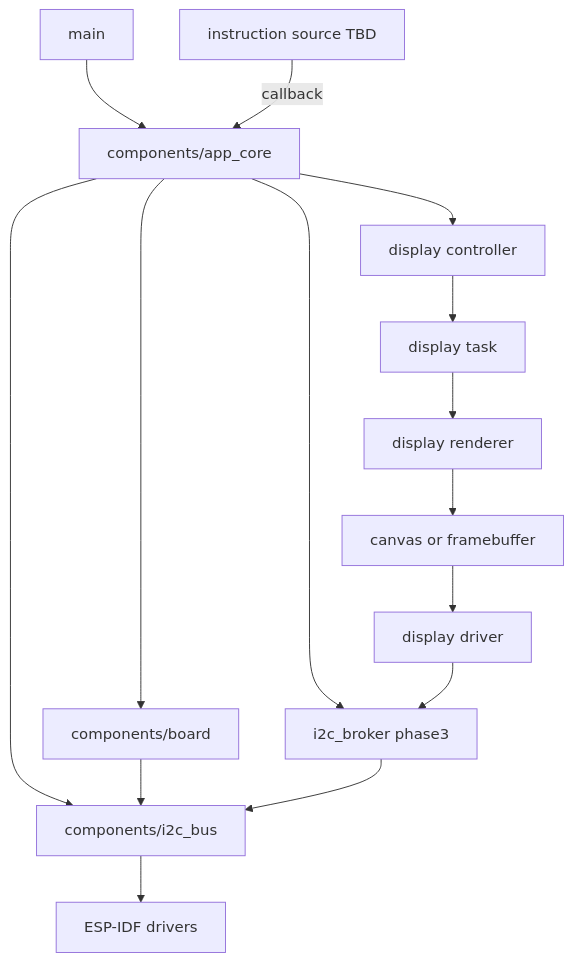
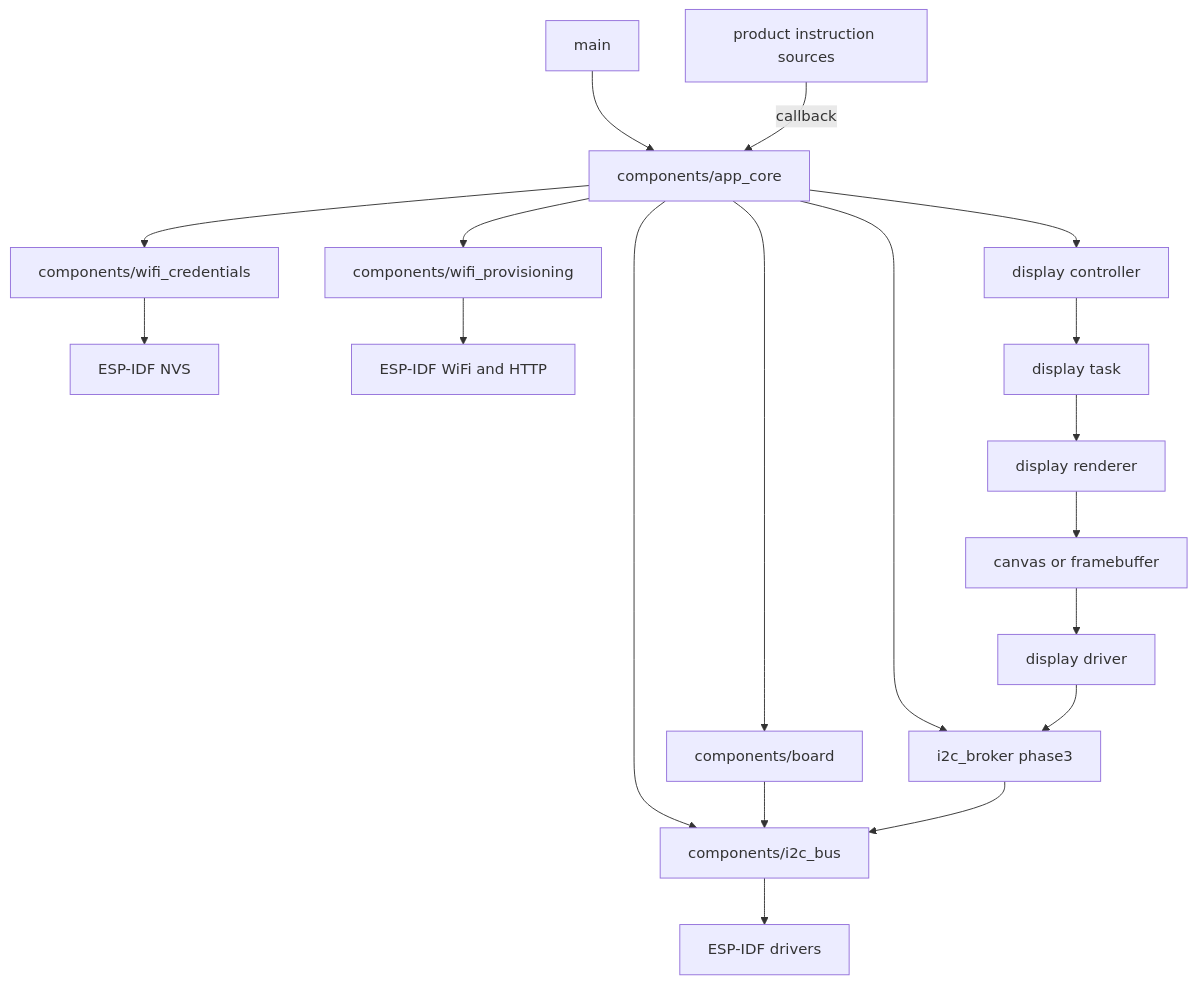
Before and after one commit to galopago/misistemhil: the diagram in b-hil-boards/b06_hil/firmware/docs/architecture.md, drawn with Mermaid. The commit also changed other lines of this file and 44 other files, not shown here.

First line of the commit message:
feat(b06_hil): add WiFi provisioning and OLED setup UX architecture

````diff
--- a/b-hil-boards/b06_hil/firmware/docs/architecture.md
+++ b/b-hil-boards/b06_hil/firmware/docs/architecture.md
@@ -24,17 +27,21 @@
 ```mermaid
 flowchart TD
-    AppMain[main] --> AppCore[components/app_core]
-    InstructionSource[instruction source TBD] -->|"callback"| AppCore
-    AppCore --> Board[components/board]
-    AppCore --> I2cBus[components/i2c_bus]
-    AppCore --> I2cBroker[i2c_broker phase3]
-    AppCore --> DisplayController[display controller]
+    AppMain["main"] --> AppCore["components/app_core"]
+    InstructionSource["product instruction sources"] -->|"callback"| AppCore
+    AppCore --> Board["components/board"]
+    AppCore --> I2cBus["components/i2c_bus"]
+    AppCore --> I2cBroker["i2c_broker phase3"]
+    AppCore --> WifiCredentials["components/wifi_credentials"]
+    AppCore --> WifiProvisioning["components/wifi_provisioning"]
+    AppCore --> DisplayController["display controller"]
+    WifiCredentials --> Nvs["ESP-IDF NVS"]
+    WifiProvisioning --> EspWifi["ESP-IDF WiFi and HTTP"]
     Board --> I2cBus
-    DisplayController --> DisplayTask[display task]
-    DisplayTask --> DisplayRenderer[display renderer]
-    DisplayRenderer --> DisplayCanvas[canvas or framebuffer]
-    DisplayCanvas --> DisplayDriver[display driver]
+    DisplayController --> DisplayTask["display task"]
+    DisplayTask --> DisplayRenderer["display renderer"]
+    DisplayRenderer --> DisplayCanvas["canvas or framebuffer"]
+    DisplayCanvas --> DisplayDriver["display driver"]
     DisplayDriver --> I2cBroker
     I2cBroker --> I2cBus
     I2cBus --> EspIdf[ESP-IDF drivers]
 ```
````
